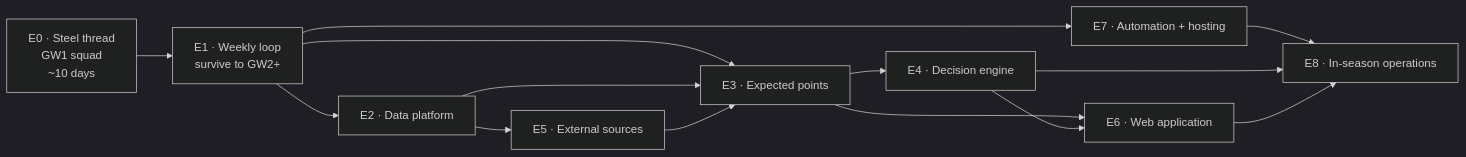
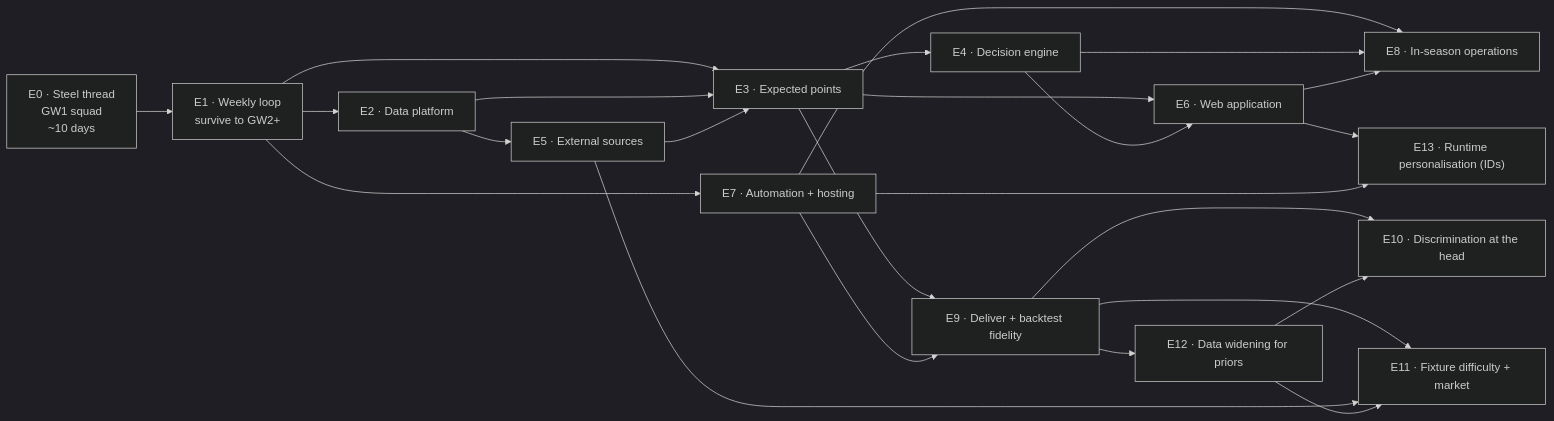
Before and after one commit to talonegg/fpl_dof2: the diagram in docs/planning/epics/README.md, drawn with Mermaid (dark theme). The commit also changed other lines of this file and 8 other files, not shown here.

````diff
--- a/docs/planning/epics/README.md
+++ b/docs/planning/epics/README.md
@@ -23,16 +25,26 @@
 ```mermaid
 graph LR
     E0["E0 · Steel thread<br/>GW1 squad<br/>~10 days"] --> E1["E1 · Weekly loop<br/>survive to GW2+"]
     E1 --> E2["E2 · Data platform"]
     E1 --> E3["E3 · Expected points"]
     E2 --> E3
     E3 --> E4["E4 · Decision engine"]
     E2 --> E5["E5 · External sources"]
     E5 --> E3
     E3 --> E6["E6 · Web application"]
     E4 --> E6
     E1 --> E7["E7 · Automation + hosting"]
     E7 --> E8["E8 · In-season operations"]
     E4 --> E8
     E6 --> E8
+    E3 --> E9["E9 · Deliver + backtest fidelity"]
+    E7 --> E9
+    E9 --> E10["E10 · Discrimination at the head"]
+    E9 --> E11["E11 · Fixture difficulty + market"]
+    E5 --> E11
+    E9 --> E12["E12 · Data widening for priors"]
+    E12 --> E10
+    E12 --> E11
+    E6 --> E13["E13 · Runtime personalisation (IDs)"]
+    E7 --> E13
 ```
````
